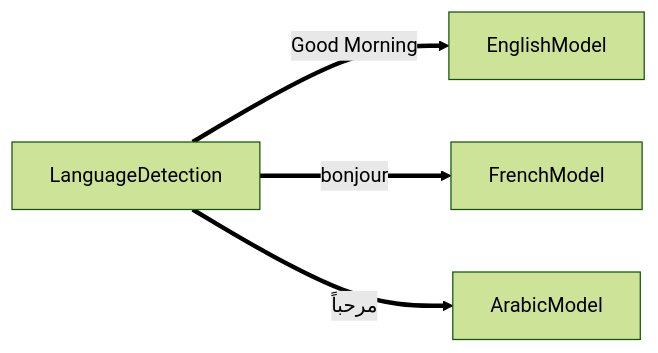
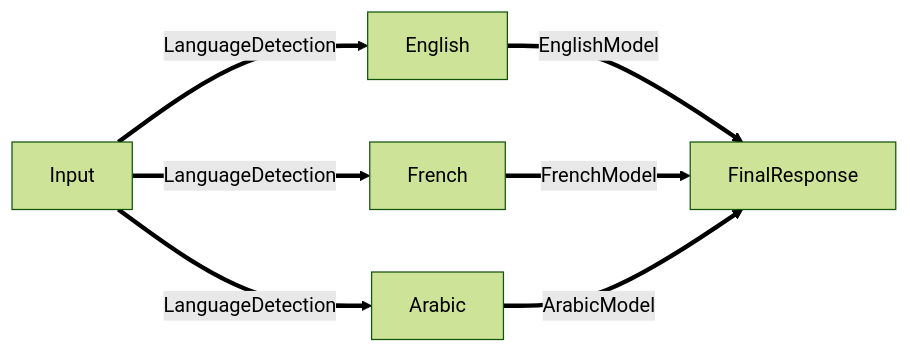
Before and after one commit to MosbehBarhoumi/Chatbot: the diagram in README.md, drawn with Mermaid (forest theme).

````diff
--- a/README.md
+++ b/README.md
@@ -10,7 +10,7 @@
 ```mermaid
 flowchart LR
-   LanguageDetection == Good Morning ==> EnglishModel
-   LanguageDetection == bonjour ==> FrenchModel
-   LanguageDetection == "مرحباً" ==> ArabicModel
+   Input == LanguageDetection ==> English ==  EnglishModel ==> FinalResponse
+   Input == LanguageDetection ==> French ==  FrenchModel ==> FinalResponse
+   Input == LanguageDetection ==> Arabic ==  ArabicModel ==> FinalResponse
    
 ```
````
